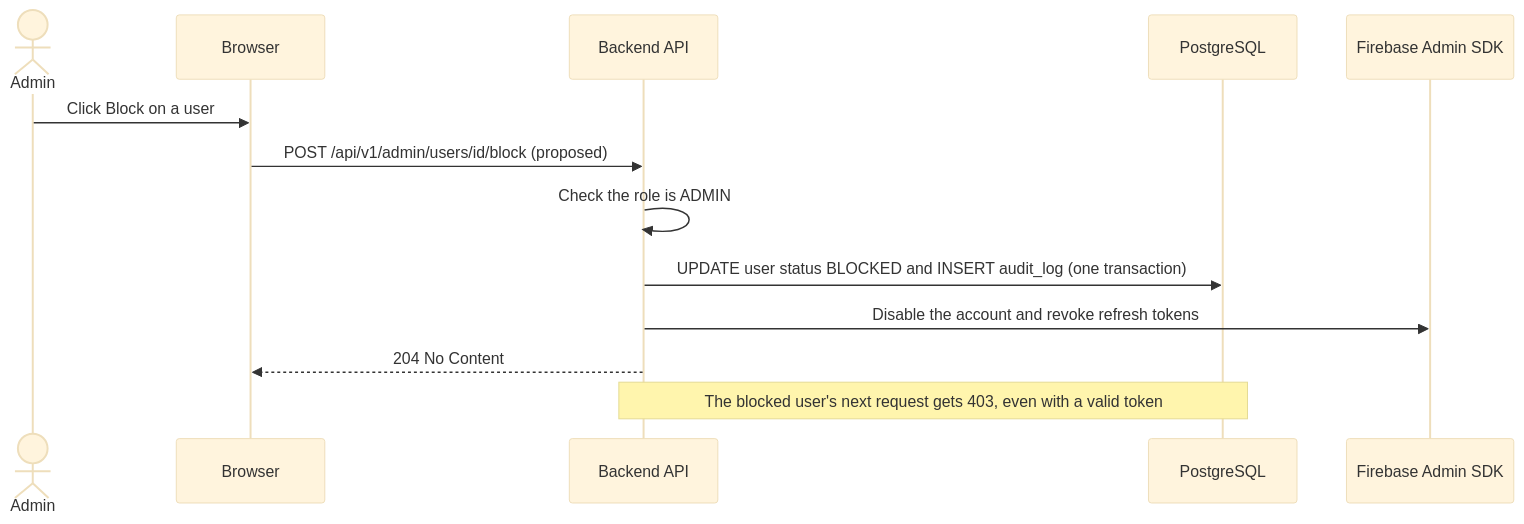
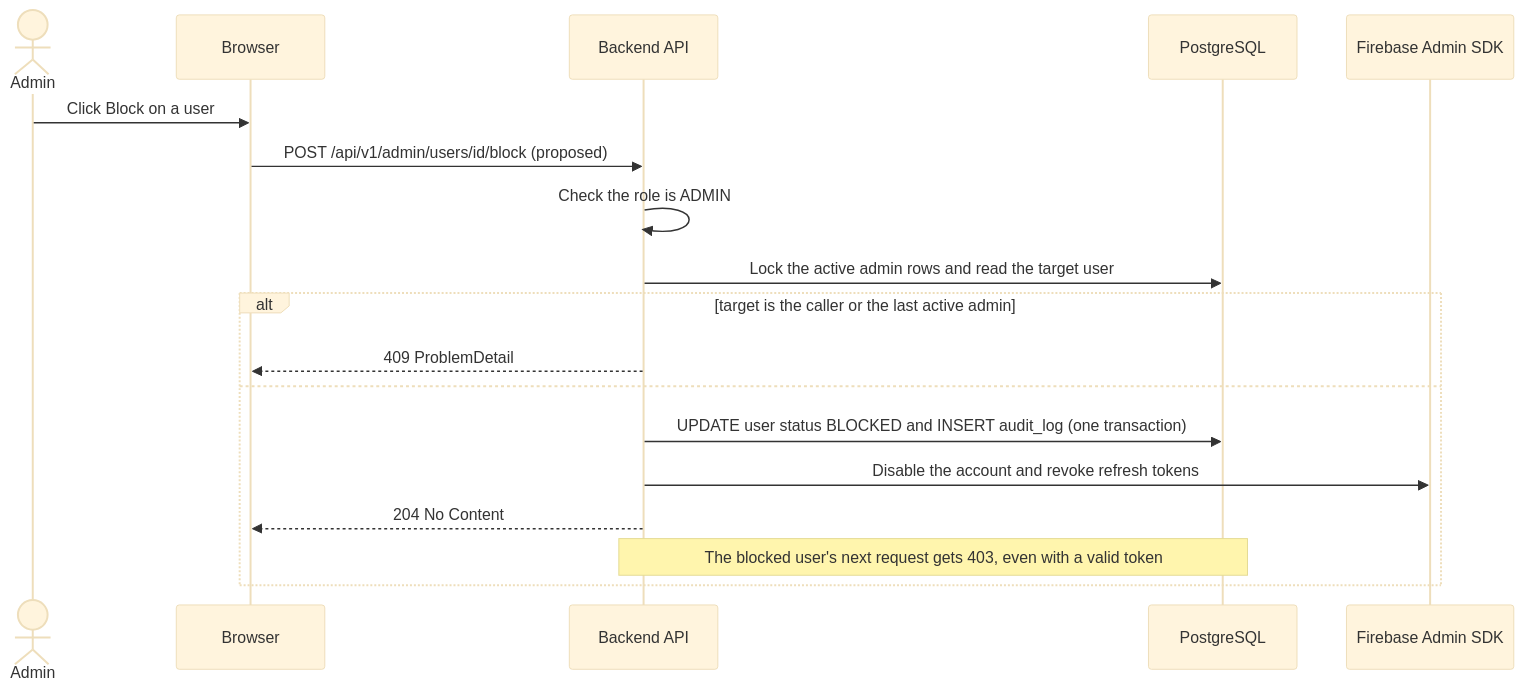
The eighth of 10 diagrams in docs/design/flows.md (Kerolly/software_engineering_II), drawn with Mermaid (base theme) before and after one commit. The commit also changed other lines of this file and 2 other files, not shown here.

````diff
--- a/docs/design/flows.md
+++ b/docs/design/flows.md
@@ -183,16 +228,21 @@
 ```mermaid
 sequenceDiagram
     actor Admin
     participant B as Browser
     participant API as Backend API
     participant DB as PostgreSQL
     participant FB as Firebase Admin SDK
 
     Admin->>B: Click Block on a user
     B->>API: POST /api/v1/admin/users/id/block (proposed)
     API->>API: Check the role is ADMIN
-    API->>DB: UPDATE user status BLOCKED and INSERT audit_log (one transaction)
-    API->>FB: Disable the account and revoke refresh tokens
-    API-->>B: 204 No Content
-    Note over API,DB: The blocked user's next request gets 403, even with a valid token
+    API->>DB: Lock the active admin rows and read the target user
+    alt target is the caller or the last active admin
+        API-->>B: 409 ProblemDetail
+    else
+        API->>DB: UPDATE user status BLOCKED and INSERT audit_log (one transaction)
+        API->>FB: Disable the account and revoke refresh tokens
+        API-->>B: 204 No Content
+        Note over API,DB: The blocked user's next request gets 403, even with a valid token
+    end
 ```
````
